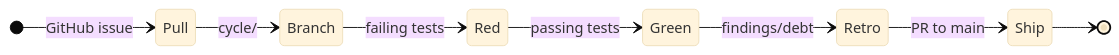
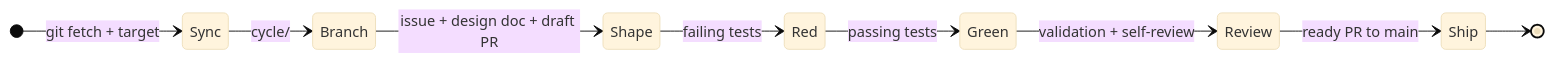
Before and after one commit to flyingrobots/bijou: the diagram in docs/METHOD.md, drawn with Mermaid (base theme). The commit also changed other lines of this file and 7 other files, not shown here.

Commit message:
docs: adopt draft-first cycle workflow

````diff
--- a/docs/METHOD.md
+++ b/docs/METHOD.md
@@ -96,11 +97,12 @@
 ```mermaid
 stateDiagram-v2
     direction LR
-    [*] --> Pull: GitHub issue
-    Pull --> Branch: cycle/
-    Branch --> Red: failing tests
+    [*] --> Sync: git fetch + target
+    Sync --> Branch: cycle/
+    Branch --> Shape: issue + design doc + draft PR
+    Shape --> Red: failing tests
     Red --> Green: passing tests
-    Green --> Retro: findings/debt
-    Retro --> Ship: PR to main
+    Green --> Review: validation + self-review
+    Review --> Ship: ready PR to main
     Ship --> [*]
 ```
````
